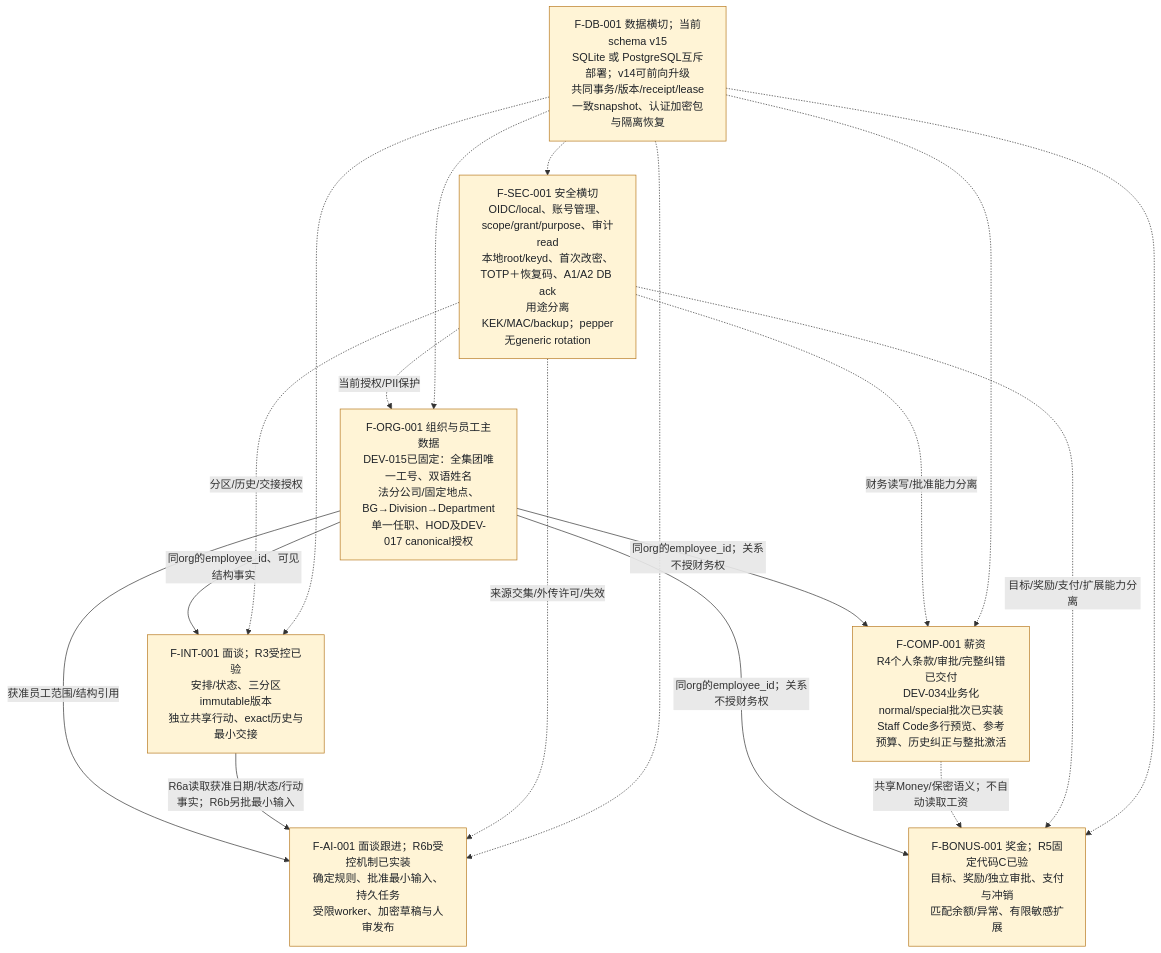
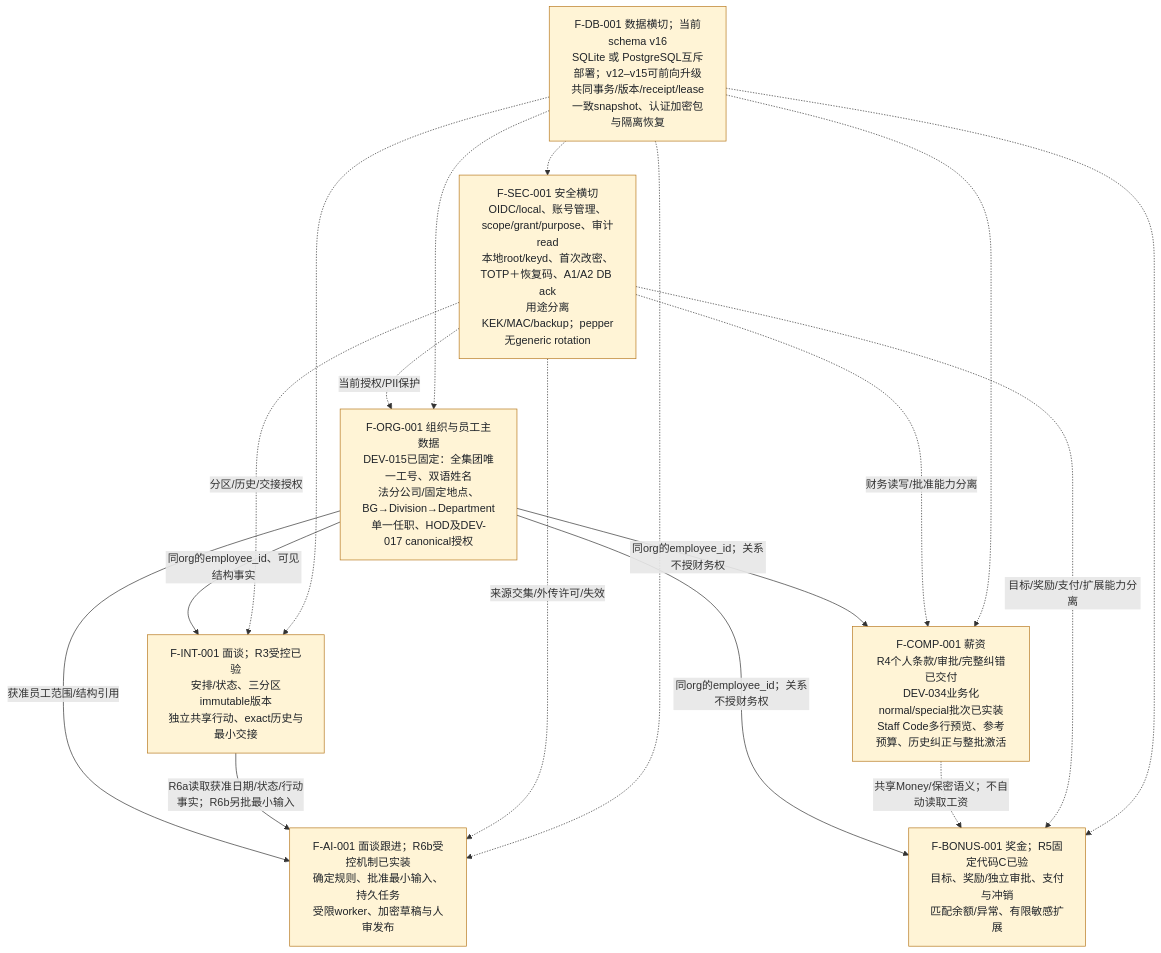
The first of 13 diagrams in docs/FUNCTIONAL_SPEC.md (r404r/team-ledger-pub), drawn with Mermaid before and after one commit. The commit also changed other lines of this file and 6 other files, not shown here.

````diff
--- a/docs/FUNCTIONAL_SPEC.md
+++ b/docs/FUNCTIONAL_SPEC.md
@@ -16,30 +16,30 @@
 ```mermaid
 flowchart TB
     org["F-ORG-001 组织与员工主数据<br/>DEV-015已固定：全集团唯一工号、双语姓名<br/>法分公司/固定地点、BG→Division→Department<br/>单一任职、HOD及DEV-017 canonical授权"]
     interview["F-INT-001 面谈；R3受控已验<br/>安排/状态、三分区immutable版本<br/>独立共享行动、exact历史与最小交接"]
     comp["F-COMP-001 薪资<br/>R4个人条款/审批/完整纠错已交付<br/>DEV-034业务化normal/special批次已实装<br/>Staff Code多行预览、参考预算、历史纠正与整批激活"]
     bonus["F-BONUS-001 奖金；R5固定代码C已验<br/>目标、奖励/独立审批、支付与冲销<br/>匹配余额/异常、有限敏感扩展"]
     ai["F-AI-001 面谈跟进；R6b受控机制已实装<br/>确定规则、批准最小输入、持久任务<br/>受限worker、加密草稿与人审发布"]
     sec["F-SEC-001 安全横切<br/>OIDC/local、账号管理、scope/grant/purpose、审计read<br/>本地root/keyd、首次改密、TOTP＋恢复码、A1/A2 DB ack<br/>用途分离KEK/MAC/backup；pepper无generic rotation"]
-    db["F-DB-001 数据横切；当前schema v15<br/>SQLite 或 PostgreSQL互斥部署；v14可前向升级<br/>共同事务/版本/receipt/lease<br/>一致snapshot、认证加密包与隔离恢复"]
+    db["F-DB-001 数据横切；当前schema v16<br/>SQLite 或 PostgreSQL互斥部署；v12–v15可前向升级<br/>共同事务/版本/receipt/lease<br/>一致snapshot、认证加密包与隔离恢复"]
     org -->|"同org的employee_id、可见结构事实"| interview
     org -->|"同org的employee_id；关系不授财务权"| comp
     org -->|"同org的employee_id；关系不授财务权"| bonus
     org -->|"获准员工范围/结构引用"| ai
     interview -->|"R6a读取获准日期/状态/行动事实；R6b另批最小输入"| ai
     comp -.->|"共享Money/保密语义；不自动读取工资"| bonus
     sec -.->|"当前授权/PII保护"| org
     sec -.->|"分区/历史/交接授权"| interview
     sec -.->|"财务读写/批准能力分离"| comp
     sec -.->|"目标/奖励/支付/扩展能力分离"| bonus
     sec -.->|"来源交集/外传许可/失效"| ai
     db -.-> org
     db -.-> interview
     db -.-> comp
     db -.-> bonus
     db -.-> ai
     db -.-> sec
     classDef partial fill:#fff4d6,stroke:#b7791f,color:#1f2328;
     classDef planned fill:#eef2ff,stroke:#64748b,color:#1f2328;
     class org,interview,comp,bonus,ai,sec,db partial;
 ```
````
